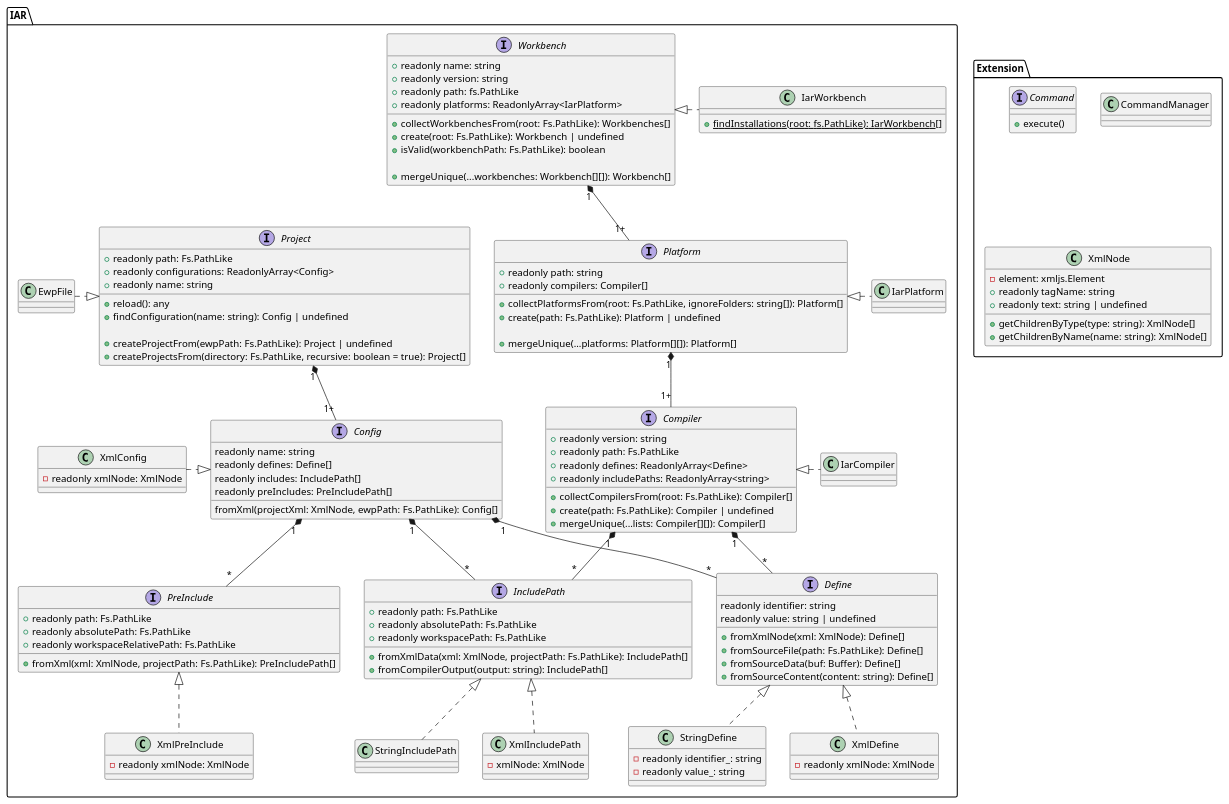
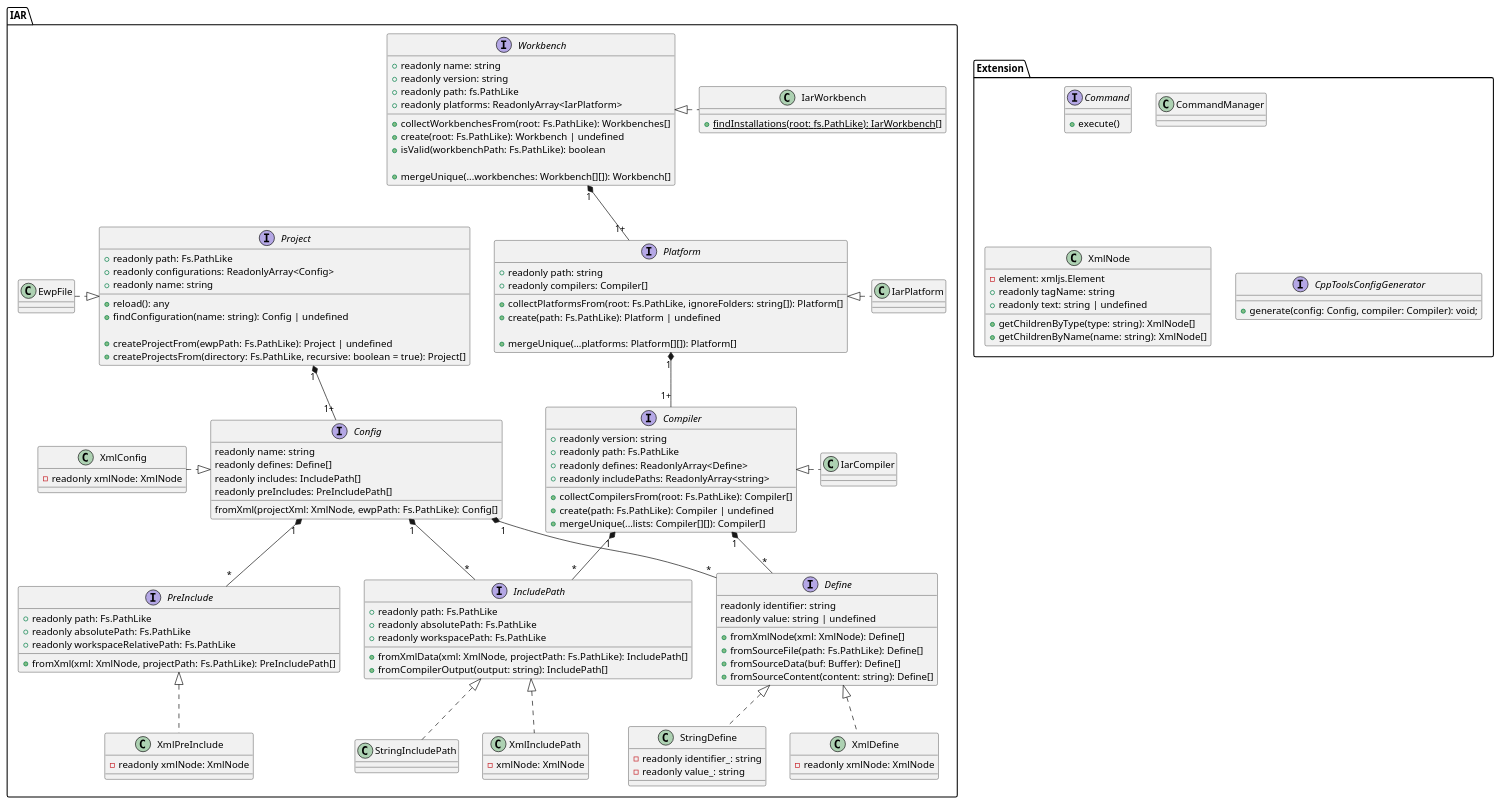
Before and after one commit to iarsystems/iar-vsc-build: the diagram in Documentation/plantuml/src/class_diagram.puml, drawn with PlantUML.

Commit message:
Add interface for cpp tools config generator

```diff
--- a/Documentation/plantuml/src/class_diagram.puml
+++ b/Documentation/plantuml/src/class_diagram.puml
@@ -1,171 +1,175 @@
 @startuml class_diagram
 
 package IAR {
 
     interface Workbench {
         +readonly name: string
         +readonly version: string
         +readonly path: fs.PathLike
         +readonly platforms: ReadonlyArray<IarPlatform>
         
         +collectWorkbenchesFrom(root: Fs.PathLike): Workbenches[]
         +create(root: Fs.PathLike): Workbench | undefined
         +isValid(workbenchPath: Fs.PathLike): boolean
 
         +mergeUnique(...workbenches: Workbench[][]): Workbench[]
     }
 
     class IarWorkbench {
 
         +{static} findInstallations(root: fs.PathLike): IarWorkbench[]
     }
 
     interface Platform {
         +readonly path: string
         +readonly compilers: Compiler[]
 
         +collectPlatformsFrom(root: Fs.PathLike, ignoreFolders: string[]): Platform[]
         +create(path: Fs.PathLike): Platform | undefined
 
         +mergeUnique(...platforms: Platform[][]): Platform[]
     }
 
     class IarPlatform {
     }
 
     interface Compiler {
         +readonly version: string
         +readonly path: Fs.PathLike
         +readonly defines: ReadonlyArray<Define>
         +readonly includePaths: ReadonlyArray<string>
 
         +collectCompilersFrom(root: Fs.PathLike): Compiler[]
         +create(path: Fs.PathLike): Compiler | undefined
         +mergeUnique(...lists: Compiler[][]): Compiler[]
     }
 
     class IarCompiler {
     }
 
     interface Project {
         +readonly path: Fs.PathLike
         +readonly configurations: ReadonlyArray<Config>
         +readonly name: string
 
         +reload(): any
         +findConfiguration(name: string): Config | undefined
 
         +createProjectFrom(ewpPath: Fs.PathLike): Project | undefined
         +createProjectsFrom(directory: Fs.PathLike, recursive: boolean = true): Project[]
     }
 
     class EwpFile {
     }
 
     interface Config {
         readonly name: string
         readonly defines: Define[]
         readonly includes: IncludePath[]
         readonly preIncludes: PreIncludePath[]
 
         fromXml(projectXml: XmlNode, ewpPath: Fs.PathLike): Config[]
     }
 
     class XmlConfig {
         -readonly xmlNode: XmlNode
     }
 
     Interface Define {
         readonly identifier: string
         readonly value: string | undefined
 
         +fromXmlNode(xml: XmlNode): Define[]
         +fromSourceFile(path: Fs.PathLike): Define[]
         +fromSourceData(buf: Buffer): Define[]
         +fromSourceContent(content: string): Define[]
     }
 
     class XmlDefine {
         -readonly xmlNode: XmlNode
     }
 
     class StringDefine {
         -readonly identifier_: string
         -readonly value_: string
     }
 
     Interface IncludePath {
         +readonly path: Fs.PathLike
         +readonly absolutePath: Fs.PathLike
         +readonly workspacePath: Fs.PathLike
 
         +fromXmlData(xml: XmlNode, projectPath: Fs.PathLike): IncludePath[]
         +fromCompilerOutput(output: string): IncludePath[]
     }
 
     class XmlIncludePath {
         -xmlNode: XmlNode
     }
 
     class StringIncludePath {
     }
 
     Interface PreInclude {
         +readonly path: Fs.PathLike
         +readonly absolutePath: Fs.PathLike
         +readonly workspaceRelativePath: Fs.PathLike
 
         +fromXml(xml: XmlNode, projectPath: Fs.PathLike): PreIncludePath[]
     }
 
     class XmlPreInclude {
         -readonly xmlNode: XmlNode
     }
 }
 
 package Extension {
     interface Command {
         +execute()
     }
 
     class CommandManager {
     }
 
     class XmlNode {
         -element: xmljs.Element
         +readonly tagName: string
         +readonly text: string | undefined
 
         +getChildrenByType(type: string): XmlNode[]
         +getChildrenByName(name: string): XmlNode[]
     }
+
+    interface CppToolsConfigGenerator {
+        +generate(config: Config, compiler: Compiler): void;
+    }
 }
 
 Workbench <|. IarWorkbench
 Platform <|. IarPlatform
 Compiler <|. IarCompiler
 
 Workbench "1" *-- "1+" Platform
 Platform "1" *-- "1+" Compiler
 
 EwpFile .|> Project
 XmlConfig .|> Config
 
 Define <|.. XmlDefine
 Define <|.. StringDefine
 
 IncludePath <|.. XmlIncludePath
 IncludePath <|.. StringIncludePath
 
 PreInclude <|.. XmlPreInclude
 
 Project "1" *-- "1+" Config
 
 Config "1" *-- "*" Define
 Config "1" *-- "*" IncludePath
 Config "1" *-- "*" PreInclude
 
 Compiler "1" *-- "*" Define
 Compiler "1" *-- "*" IncludePath
 
 @enduml
```
